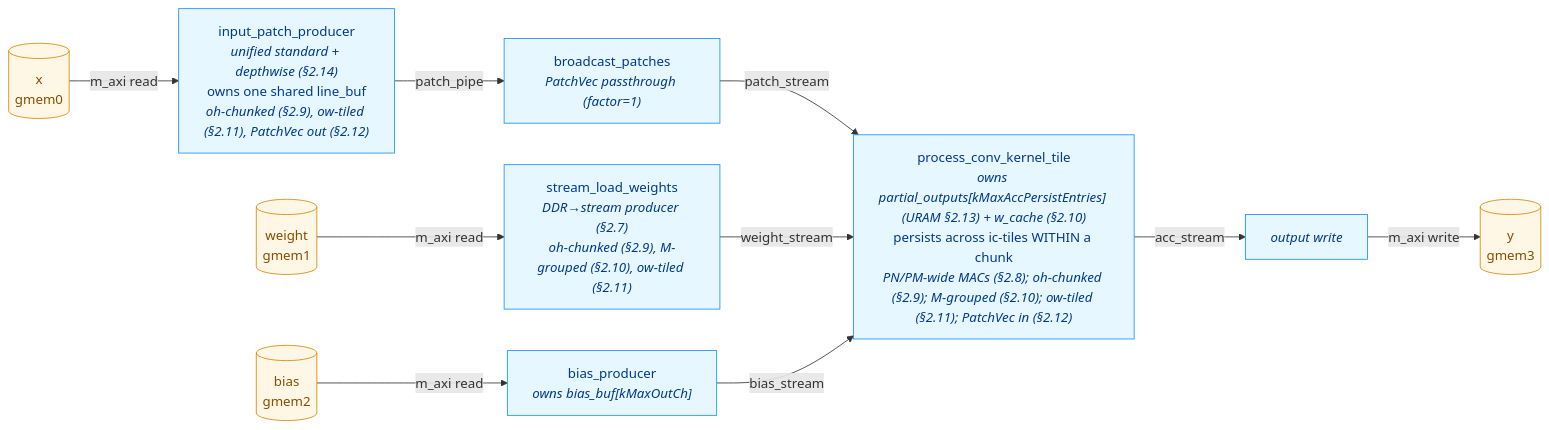
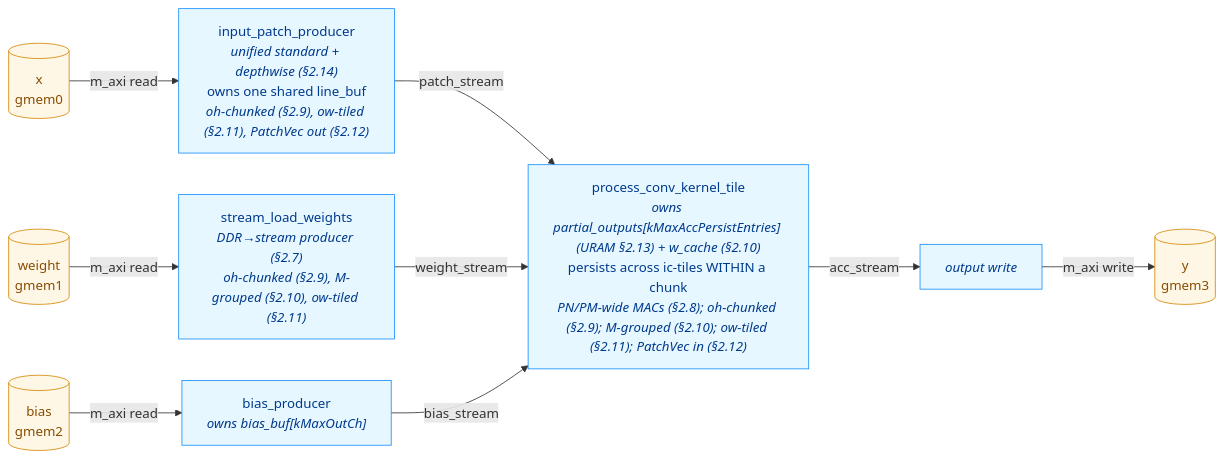
One commit to GradeBuilderSL/cormorant changed the diagram in doc/CONV_OPTIMISATION.md. Above: the diagram before and after it, drawn with Mermaid. The commit also changed other lines of this file and 1 other file, not shown here.

First line of the commit message:
Document broadcast_patches removal (§2.15)

````diff
--- a/doc/CONV_OPTIMISATION.md
+++ b/doc/CONV_OPTIMISATION.md
@@ -672,28 +710,26 @@
 ```mermaid
 flowchart LR
     DDR_X[("x<br/>gmem0")]
     DDR_W[("weight<br/>gmem1")]
     DDR_B[("bias<br/>gmem2")]
     DDR_Y[("y<br/>gmem3")]
     IPP["input_patch_producer<br/><i>unified standard + depthwise (§2.14)</i><br/>owns one shared line_buf<br/><i>oh-chunked (§2.9), ow-tiled (§2.11), PatchVec out (§2.12)</i>"]
-    BC["broadcast_patches<br/><i>PatchVec passthrough (factor=1)</i>"]
     SLW["stream_load_weights<br/><i>DDR→stream producer (§2.7)</i><br/><i>oh-chunked (§2.9), M-grouped (§2.10), ow-tiled (§2.11)</i>"]
     BP["bias_producer<br/><i>owns bias_buf[kMaxOutCh]</i>"]
     PCT["process_conv_kernel_tile<br/><i>owns partial_outputs[kMaxAccPersistEntries] (URAM §2.13) + w_cache (§2.10)</i><br/>persists across ic-tiles WITHIN a chunk<br/><i>PN/PM-wide MACs (§2.8); oh-chunked (§2.9); M-grouped (§2.10); ow-tiled (§2.11); PatchVec in (§2.12)</i>"]
     WO["<i>output write</i>"]
 
     DDR_X -->|m_axi read| IPP
     DDR_W -->|m_axi read| SLW
     DDR_B -->|m_axi read| BP
-    IPP -->|patch_pipe| BC
-    BC -->|patch_stream| PCT
+    IPP -->|patch_stream| PCT
     SLW -->|weight_stream| PCT
     BP -->|bias_stream| PCT
     PCT -->|acc_stream| WO
     WO -->|m_axi write| DDR_Y
 
     classDef ddr fill:#fff7e6,stroke:#d48806,color:#874d00
     classDef stage fill:#e6f7ff,stroke:#1890ff,color:#003a8c
     class DDR_X,DDR_W,DDR_B,DDR_Y ddr
-    class IPP,BC,SLW,BP,PCT,WO stage
+    class IPP,SLW,BP,PCT,WO stage
 ```
````
